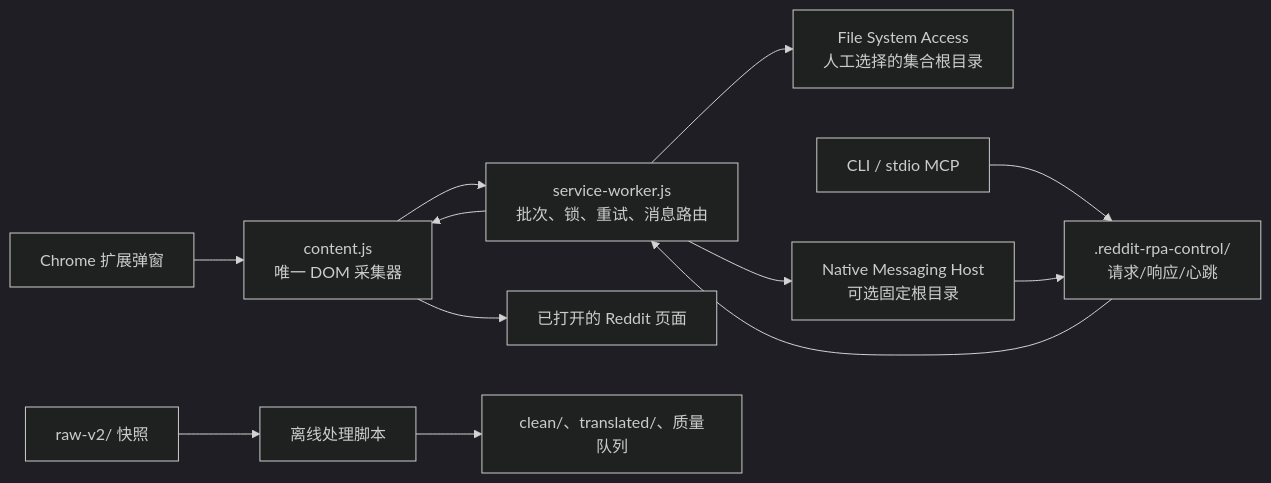
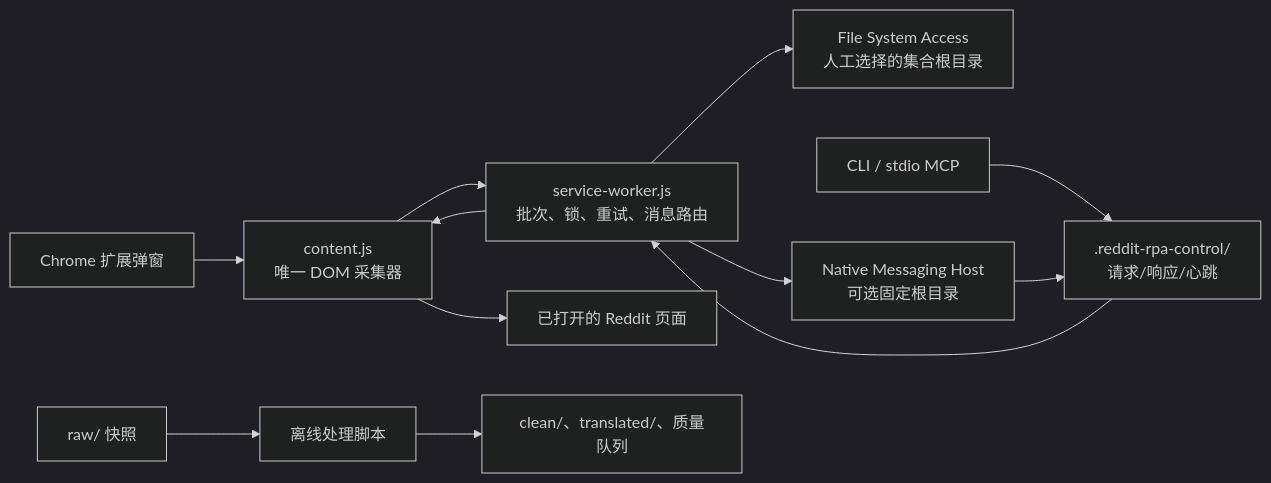
One commit to qiaoen12/reddit-rpa-assistant changed the first of 2 diagrams in docs/ARCHITECTURE.md. Above: the diagram before and after it, drawn with Mermaid (dark theme). The commit also changed other lines of this file and 26 other files, not shown here.

```diff
--- a/docs/ARCHITECTURE.md
+++ b/docs/ARCHITECTURE.md
@@ -7,14 +7,14 @@
 ~~~mermaid
 flowchart LR
     UI["Chrome 扩展弹窗"] --> CS["content.js\n唯一 DOM 采集器"]
     CS --> SW["service-worker.js\n批次、锁、重试、消息路由"]
     SW --> FSA["File System Access\n人工选择的集合根目录"]
     SW --> NH["Native Messaging Host\n可选固定根目录"]
     MCP["CLI / stdio MCP"] --> CTRL[".reddit-rpa-control/\n请求/响应/心跳"]
     NH --> CTRL
     CTRL --> SW
     SW --> CS
     CS --> REDDIT["已打开的 Reddit 页面"]
-    RAW["raw-v2/ 快照"] --> OFFLINE["离线处理脚本"]
+    RAW["raw/ 快照"] --> OFFLINE["离线处理脚本"]
     OFFLINE --> CLEAN["clean/、translated/、质量队列"]
 ~~~
```
